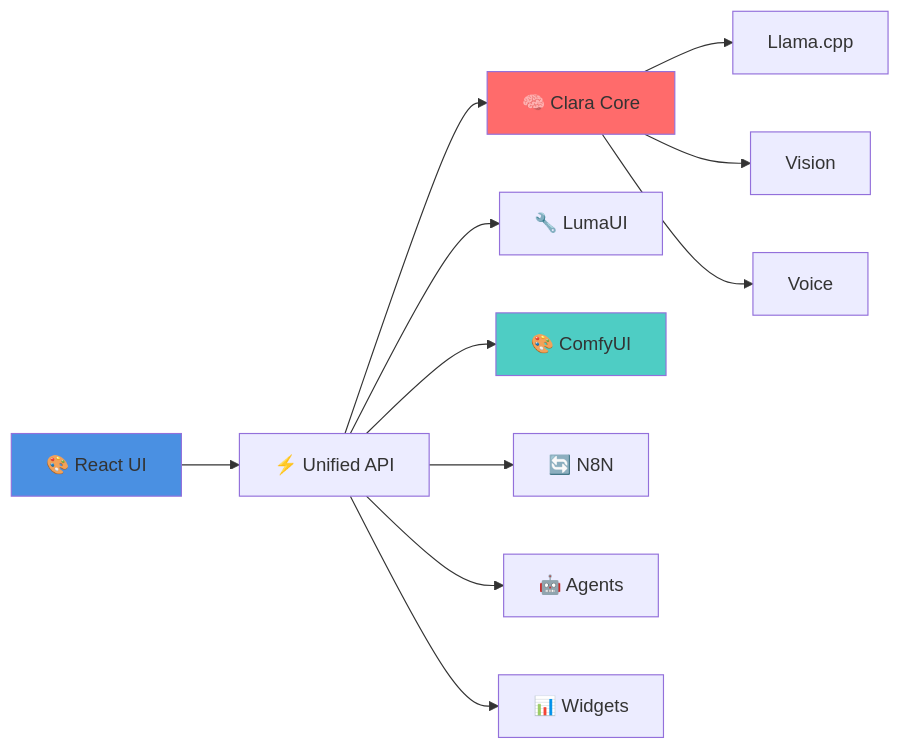
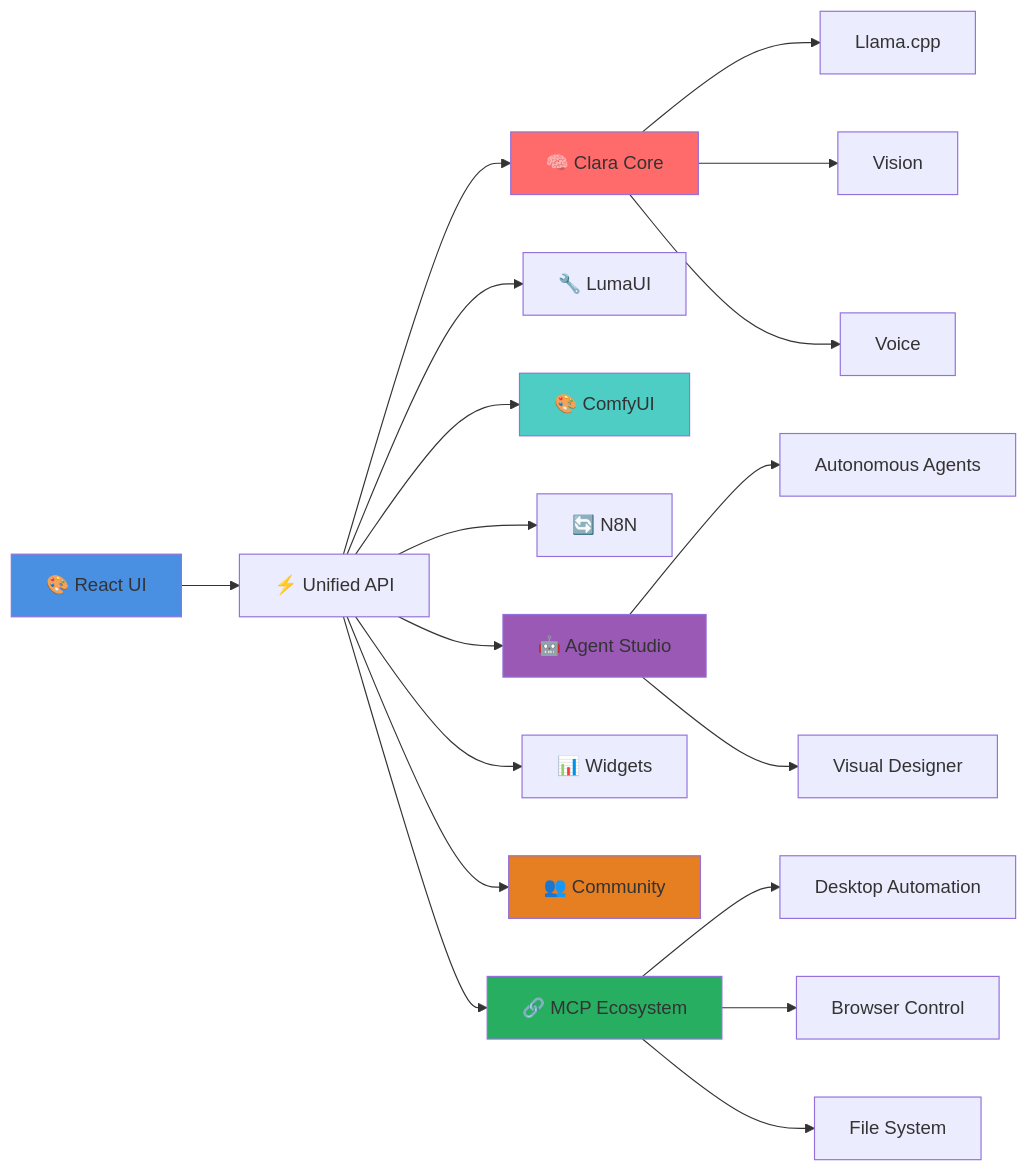
Before and after one commit to zacharywing303-art/goodcore: the first of 2 diagrams in README.md, drawn with Mermaid. The commit also changed other lines of this file, not shown here.

````diff
--- a/README.md
+++ b/README.md
@@ -268,18 +306,30 @@
 ```mermaid
 graph LR
     A[🎨 React UI] --> B[⚡ Unified API]
     B --> C[🧠 Clara Core]
     B --> D[🔧 LumaUI]
     B --> E[🎨 ComfyUI]
     B --> F[🔄 N8N]
-    B --> G[🤖 Agents]
+    B --> G[🤖 Agent Studio]
     B --> H[📊 Widgets]
+    B --> I[👥 Community]
+    B --> J[🔗 MCP Ecosystem]
     
-    C --> I[Llama.cpp]
-    C --> J[Vision]
-    C --> K[Voice]
+    C --> K[Llama.cpp]
+    C --> L[Vision]
+    C --> M[Voice]
+    
+    G --> N[Autonomous Agents]
+    G --> O[Visual Designer]
+    
+    J --> P[Desktop Automation]
+    J --> Q[Browser Control]
+    J --> R[File System]
     
     style A fill:#4A90E2
     style C fill:#FF6B6B
     style E fill:#4ECDC4
+    style G fill:#9B59B6
+    style I fill:#E67E22
+    style J fill:#27AE60
 ```
````
